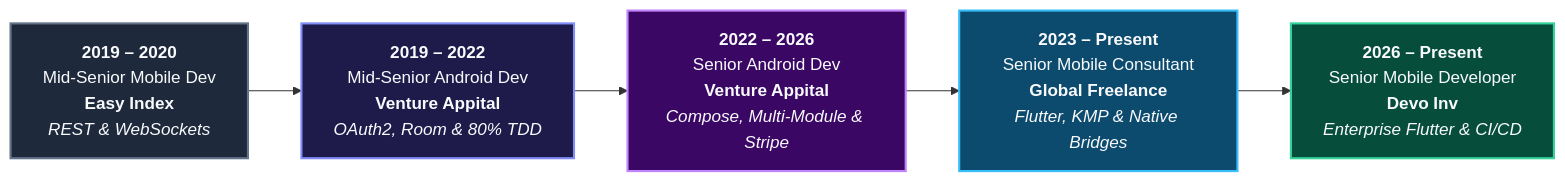
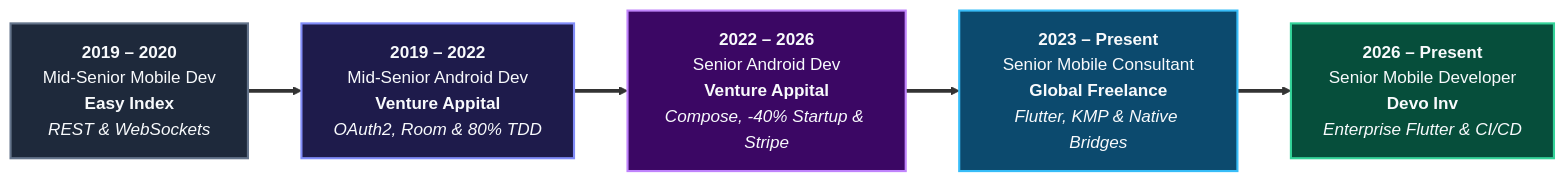
One commit to ibrahemk/ibrahemk changed the third of 3 diagrams in README.md. Above: the diagram before and after it, drawn with Mermaid. The commit also changed other lines of this file, not shown here.

````diff
--- a/README.md
+++ b/README.md
@@ -94,16 +226,16 @@
 ```mermaid
 flowchart LR
-    R1["<b>2019 – 2020</b><br/>Mid-Senior Mobile Dev<br/><b>Easy Index</b><br/><i>REST & WebSockets</i>"]
-    R2["<b>2019 – 2022</b><br/>Mid-Senior Android Dev<br/><b>Venture Appital</b><br/><i>OAuth2, Room & 80% TDD</i>"]
-    R3["<b>2022 – 2026</b><br/>Senior Android Dev<br/><b>Venture Appital</b><br/><i>Compose, Multi-Module & Stripe</i>"]
-    R4["<b>2023 – Present</b><br/>Senior Mobile Consultant<br/><b>Global Freelance</b><br/><i>Flutter, KMP & Native Bridges</i>"]
-    R5["<b>2026 – Present</b><br/>Senior Mobile Developer<br/><b>Devo Inv</b><br/><i>Enterprise Flutter & CI/CD</i>"]
+    E1["<b>2019 – 2020</b><br/>Mid-Senior Mobile Dev<br/><b>Easy Index</b><br/><i>REST & WebSockets</i>"]
+    E2["<b>2019 – 2022</b><br/>Mid-Senior Android Dev<br/><b>Venture Appital</b><br/><i>OAuth2, Room & 80% TDD</i>"]
+    E3["<b>2022 – 2026</b><br/>Senior Android Dev<br/><b>Venture Appital</b><br/><i>Compose, -40% Startup & Stripe</i>"]
+    E4["<b>2023 – Present</b><br/>Senior Mobile Consultant<br/><b>Global Freelance</b><br/><i>Flutter, KMP & Native Bridges</i>"]
+    E5["<b>2026 – Present</b><br/>Senior Mobile Developer<br/><b>Devo Inv</b><br/><i>Enterprise Flutter & CI/CD</i>"]
 
-    R1 --> R2 --> R3 --> R4 --> R5
+    E1 ==> E2 ==> E3 ==> E4 ==> E5
 
-    style R1 fill:#1E293B,stroke:#64748B,stroke-width:2px,color:#F8FAFC
-    style R2 fill:#1E1B4B,stroke:#818CF8,stroke-width:2px,color:#F8FAFC
-    style R3 fill:#3B0764,stroke:#C084FC,stroke-width:2px,color:#F8FAFC
-    style R4 fill:#0C4A6E,stroke:#38BDF8,stroke-width:2px,color:#F8FAFC
-    style R5 fill:#064E3B,stroke:#34D399,stroke-width:2px,color:#F8FAFC
+    style E1 fill:#1E293B,stroke:#64748B,stroke-width:2px,color:#F8FAFC
+    style E2 fill:#1E1B4B,stroke:#818CF8,stroke-width:2px,color:#F8FAFC
+    style E3 fill:#3B0764,stroke:#C084FC,stroke-width:2px,color:#F8FAFC
+    style E4 fill:#0C4A6E,stroke:#38BDF8,stroke-width:2px,color:#F8FAFC
+    style E5 fill:#064E3B,stroke:#34D399,stroke-width:2px,color:#F8FAFC
 ```
````
